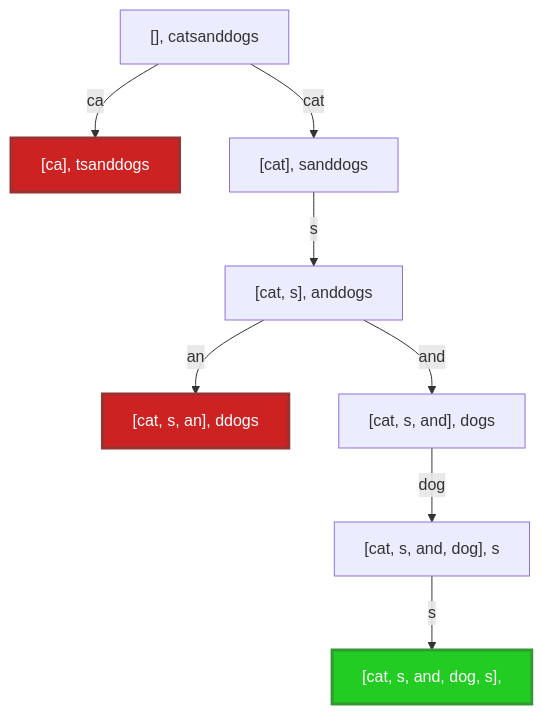
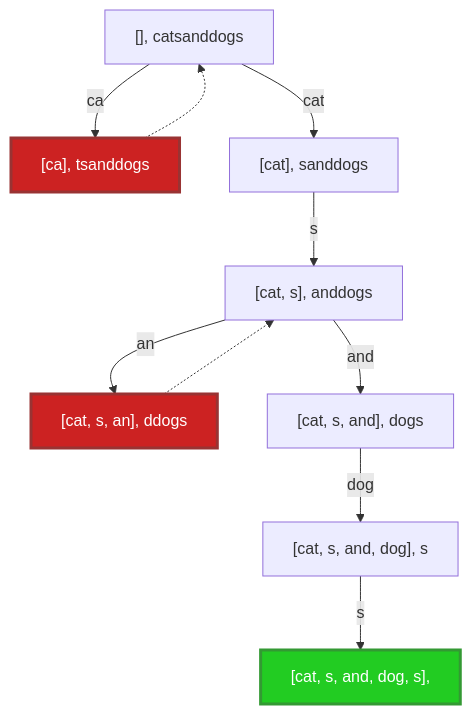
Before and after one commit to KULeuven-Diepenbeek/ses-course: the first of 3 diagrams in content/8-recursie/backtracking.md, drawn with Mermaid. The commit also changed other lines of this file and 2 other files, not shown here.

````diff
--- a/content/8-recursie/backtracking.md
+++ b/content/8-recursie/backtracking.md
@@ -173,25 +82,27 @@
 ```mermaid
 graph TB
 
 start["[], catsanddogs"]
 start -->|ca| ca
 ca["[ca], tsanddogs"]
 class ca fail
+ca -.-> start
 start -->|cat| cat
 cat["[cat], sanddogs"]
 cat -->|s| cat_s
 cat_s["[cat, s], anddogs"]
 cat_s -->|an| cat_s_an
 cat_s_an["[cat, s, an], ddogs"]
 class cat_s_an fail
+cat_s_an -.-> cat_s
 cat_s -->|and| cat_s_and
 cat_s_and["[cat, s, and], dogs"]
 cat_s_and -->|dog| cat_s_and_dog
 cat_s_and_dog["[cat, s, and, dog], s"]
 cat_s_and_dog -->|s| cat_s_and_dog_s
 cat_s_and_dog_s["[cat, s, and, dog, s], "]
 class cat_s_and_dog_s success
 
 classDef success fill:#2c2,stroke:#393,stroke-width:3,color:white;
 classDef fail fill:#c22,stroke:#933,stroke-width:3,color:white;
 ```
````
